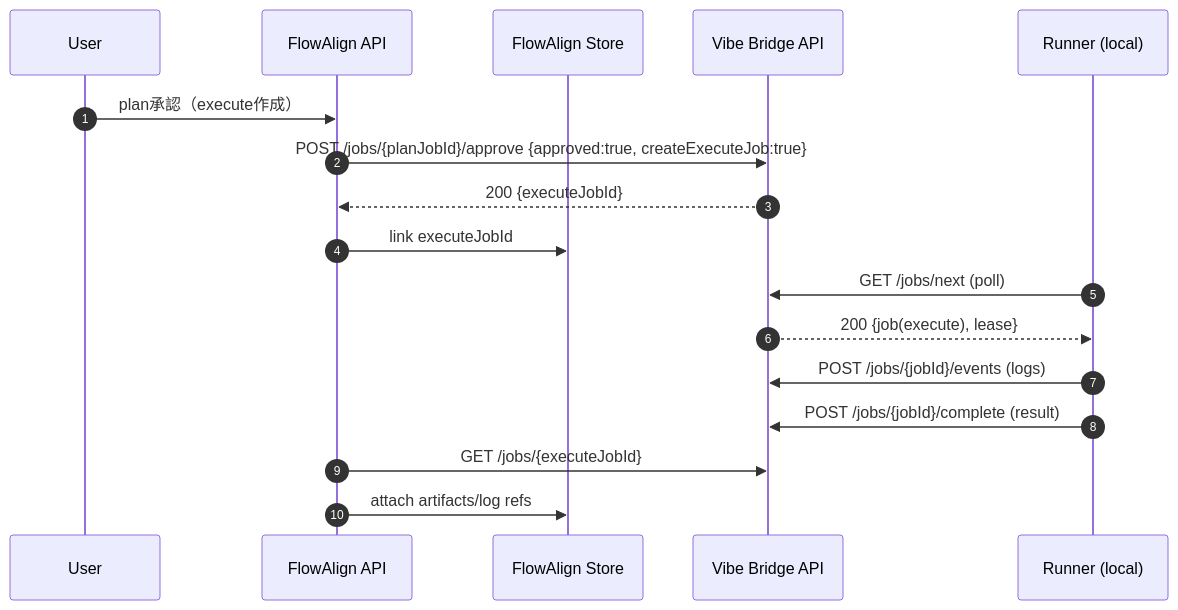
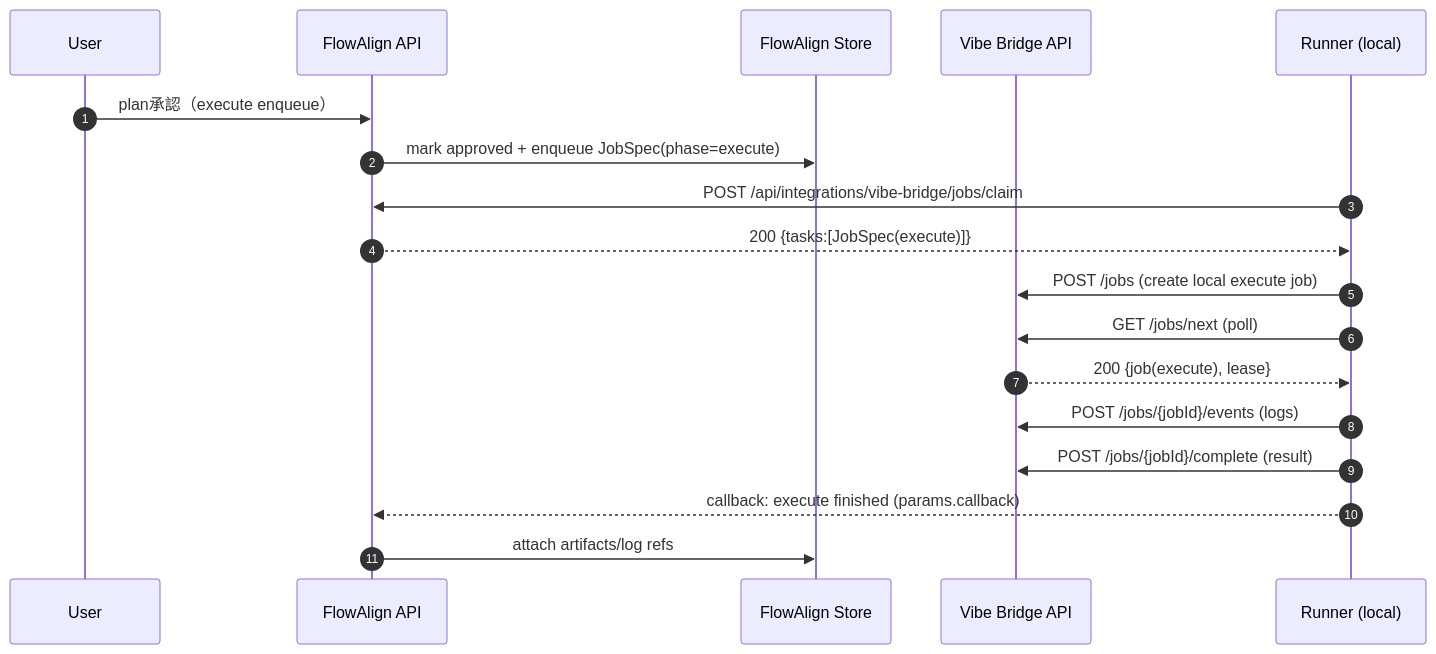
One commit to NexA-LLC/vibe-bridge changed the third of 4 diagrams in docs/FLOWALIGN-INTEGRATION.md. Above: the diagram before and after it, drawn with Mermaid. The commit also changed other lines of this file and 3 other files, not shown here.

First line of the commit message:
[Nariya Takemura] feat: FlowAlign キュー連携機能を追加

````diff
--- a/docs/FLOWALIGN-INTEGRATION.md
+++ b/docs/FLOWALIGN-INTEGRATION.md
@@ -121,21 +123,23 @@
 ```mermaid
 sequenceDiagram
   autonumber
   participant U as User
   participant FA as FlowAlign API
   participant Store as FlowAlign Store
   participant VB as Vibe Bridge API
   participant R as Runner (local)
 
-  U->>FA: plan承認（execute作成）
-  FA->>VB: POST /jobs/{planJobId}/approve {approved:true, createExecuteJob:true}
-  VB-->>FA: 200 {executeJobId}
-  FA->>Store: link executeJobId
+  U->>FA: plan承認（execute enqueue）
+  FA->>Store: mark approved + enqueue JobSpec(phase=execute)
+
+  R->>FA: POST /api/integrations/vibe-bridge/jobs/claim
+  FA-->>R: 200 {tasks:[JobSpec(execute)]}
+  R->>VB: POST /jobs (create local execute job)
 
   R->>VB: GET /jobs/next (poll)
   VB-->>R: 200 {job(execute), lease}
   R->>VB: POST /jobs/{jobId}/events (logs)
   R->>VB: POST /jobs/{jobId}/complete (result)
-  FA->>VB: GET /jobs/{executeJobId}
+  R-->>FA: callback: execute finished (params.callback)
   FA->>Store: attach artifacts/log refs
 ```
````
